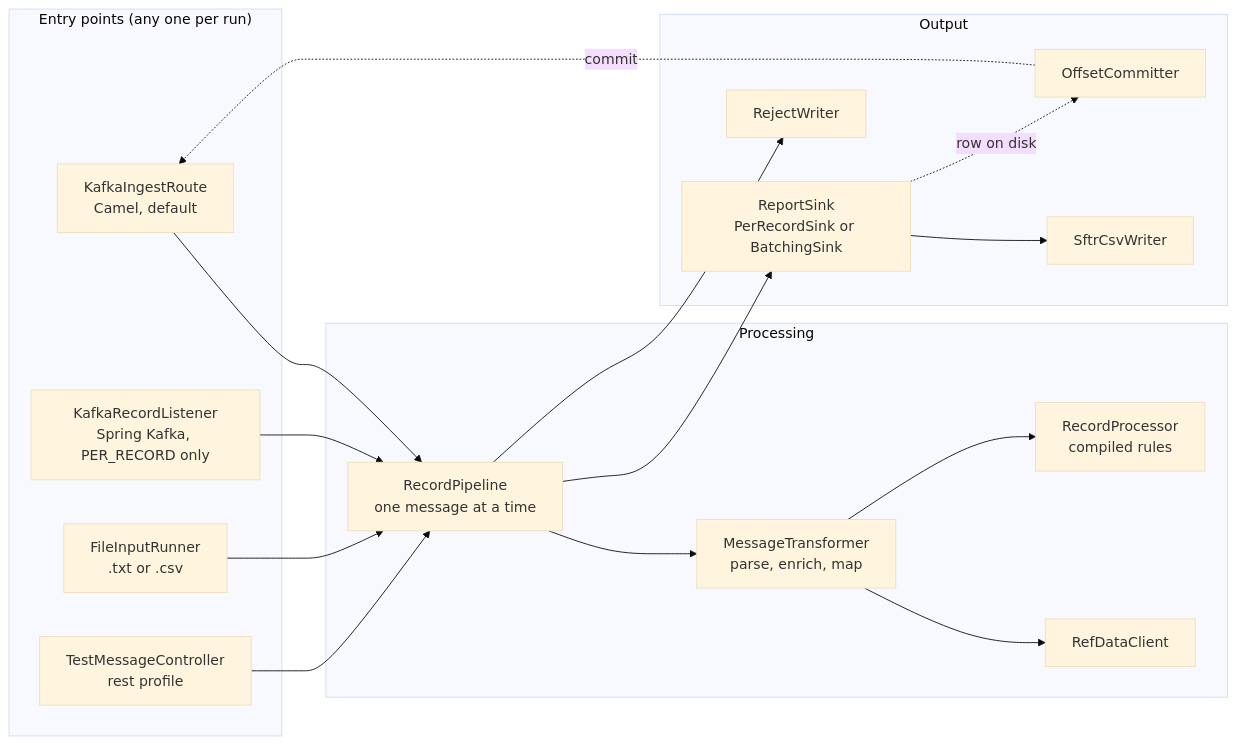
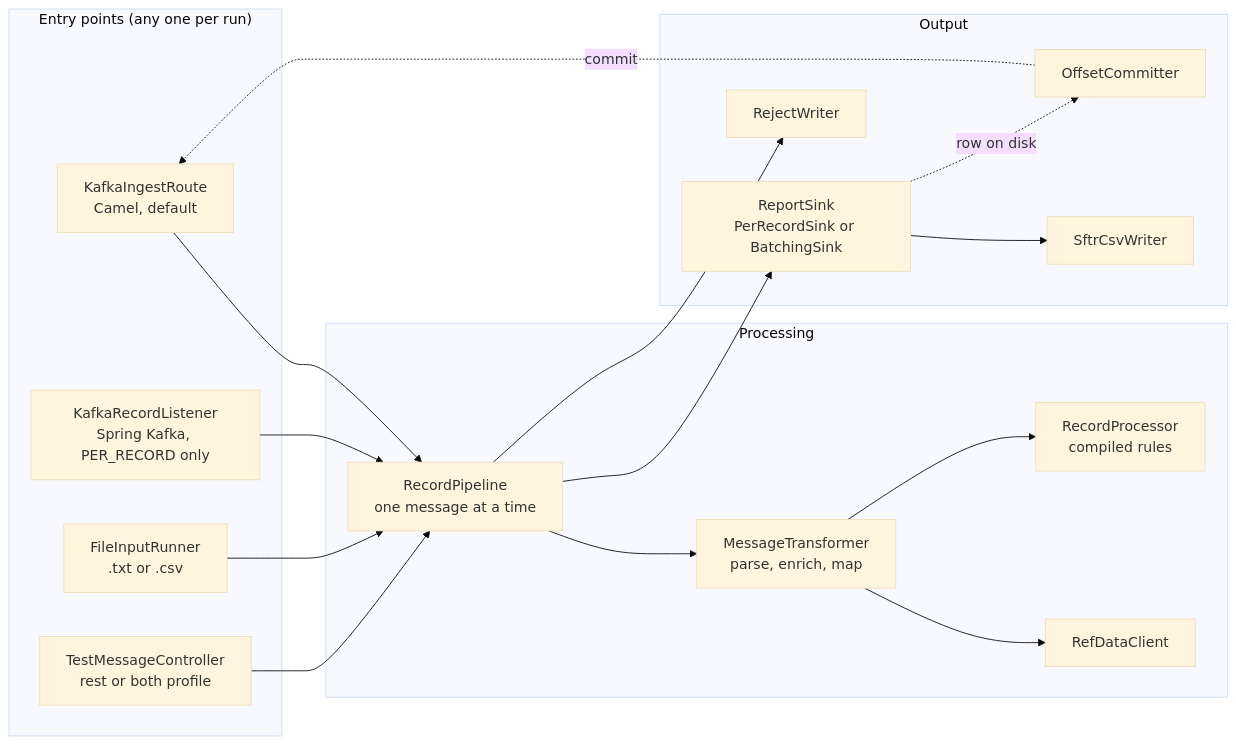
The diagram in docs/design-and-architecture.md (shanregs/msg-transformer), drawn with Mermaid (base theme) before and after one commit. The commit also changed other lines of this file and 13 other files, not shown here.

Commit message:
Run modes as profiles (kafka, rest, both), running-locally guide, Postman collection, reference-data stub

````diff
--- a/docs/design-and-architecture.md
+++ b/docs/design-and-architecture.md
@@ -31,33 +31,33 @@
 ```mermaid
 flowchart LR
     subgraph doors["Entry points (any one per run)"]
         K["KafkaIngestRoute<br/>Camel, default"]
         L["KafkaRecordListener<br/>Spring Kafka, PER_RECORD only"]
         F["FileInputRunner<br/>.txt or .csv"]
-        R["TestMessageController<br/>rest profile"]
+        R["TestMessageController<br/>rest or both profile"]
     end
     subgraph core["Processing"]
         P["RecordPipeline<br/>one message at a time"]
         T["MessageTransformer<br/>parse, enrich, map"]
         RD["RefDataClient"]
         RP["RecordProcessor<br/>compiled rules"]
     end
     subgraph out["Output"]
         S["ReportSink<br/>PerRecordSink or BatchingSink"]
         W["SftrCsvWriter"]
         J["RejectWriter"]
         O["OffsetCommitter"]
     end
     K --> P
     L --> P
     F --> P
     R --> P
     P --> T
     T --> RD
     T --> RP
     P --> S
     P --> J
     S --> W
     S -.->|row on disk| O
     O -.->|commit| K
 ```
````
